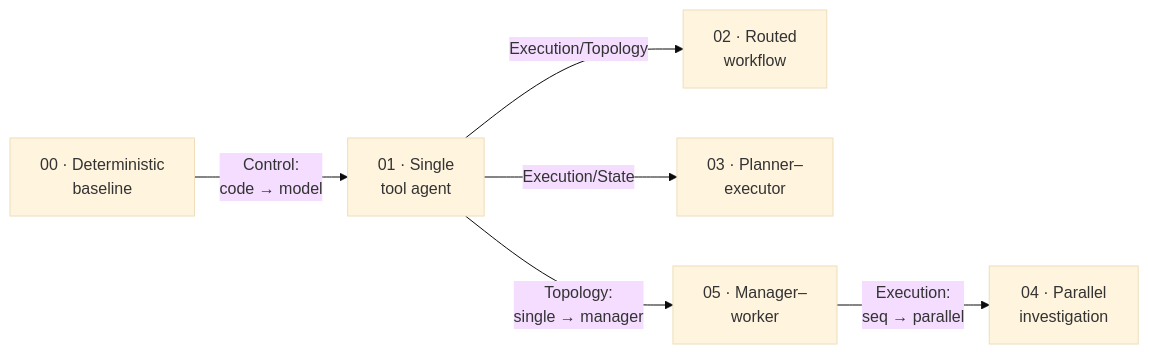
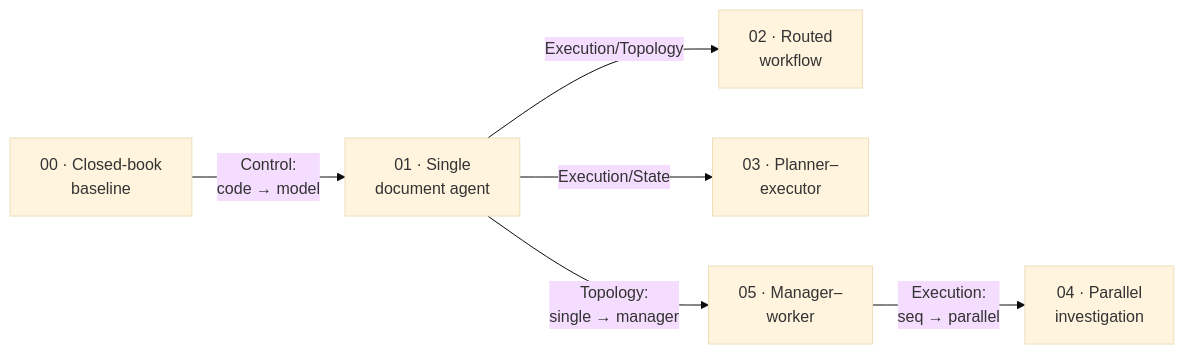
The diagram in README.md (jtaylorisbell/agentic-facets), drawn with Mermaid (base theme) before and after one commit. The commit also changed other lines of this file and 18 other files, not shown here.

````diff
--- a/README.md
+++ b/README.md
@@ -99,14 +96,14 @@
 ```mermaid
 flowchart LR
-    R0["00 · Deterministic<br/>baseline"]
-    R1["01 · Single<br/>tool agent"]
+    R0["00 · Closed-book<br/>baseline"]
+    R1["01 · Single<br/>document agent"]
     R2["02 · Routed<br/>workflow"]
     R3["03 · Planner–<br/>executor"]
     R4["04 · Parallel<br/>investigation"]
     R5["05 · Manager–<br/>worker"]
     R0 -->|"Control:<br/>code → model"| R1
     R1 -->|"Execution/Topology"| R2
     R1 -->|"Execution/State"| R3
     R5 -->|"Execution:<br/>seq → parallel"| R4
     R1 -->|"Topology:<br/>single → manager"| R5
 ```
````
